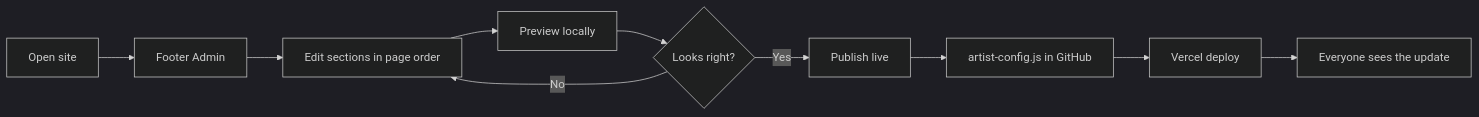
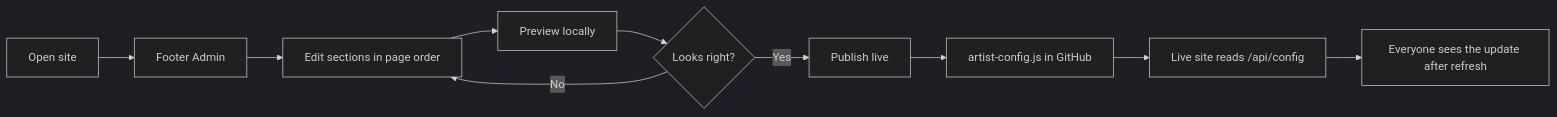
Before and after one commit to eyeinthesky6/artistpass: the diagram in README.md, drawn with Mermaid (dark theme). The commit also changed other lines of this file, not shown here.

Commit message:
Document runtime admin publishing

````diff
--- a/README.md
+++ b/README.md
@@ -67,12 +67,12 @@
 ```mermaid
 flowchart LR
   A["Open site"] --> B["Footer Admin"]
   B --> C["Edit sections in page order"]
   C --> D["Preview locally"]
   D --> E{"Looks right?"}
   E -- "No" --> C
   E -- "Yes" --> F["Publish live"]
   F --> G["artist-config.js in GitHub"]
-  G --> H["Vercel deploy"]
-  H --> I["Everyone sees the update"]
+  G --> H["Live site reads /api/config"]
+  H --> I["Everyone sees the update after refresh"]
 ```
````
